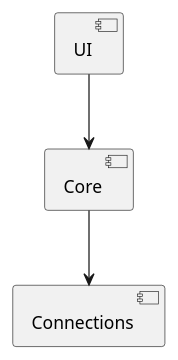
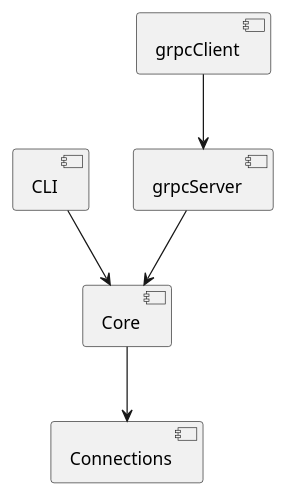
One commit to simon-rechermann/putty_rs_async changed the diagram in docs/puml/arch_level1.puml. Above: the diagram before and after it, drawn with PlantUML. The commit also changed 1 other file, not shown here.

```diff
--- a/docs/puml/arch_level1.puml
+++ b/docs/puml/arch_level1.puml
@@ -1,6 +1,8 @@
 @startuml ArchLevel1
 ' skinparam componentBackgroundColor White
 
-[UI] --> [Core]
+[CLI] --> [Core]
+[grpcClient] --> [grpcServer]
+[grpcServer] --> [Core]
 [Core] --> [Connections]
 @enduml
```
